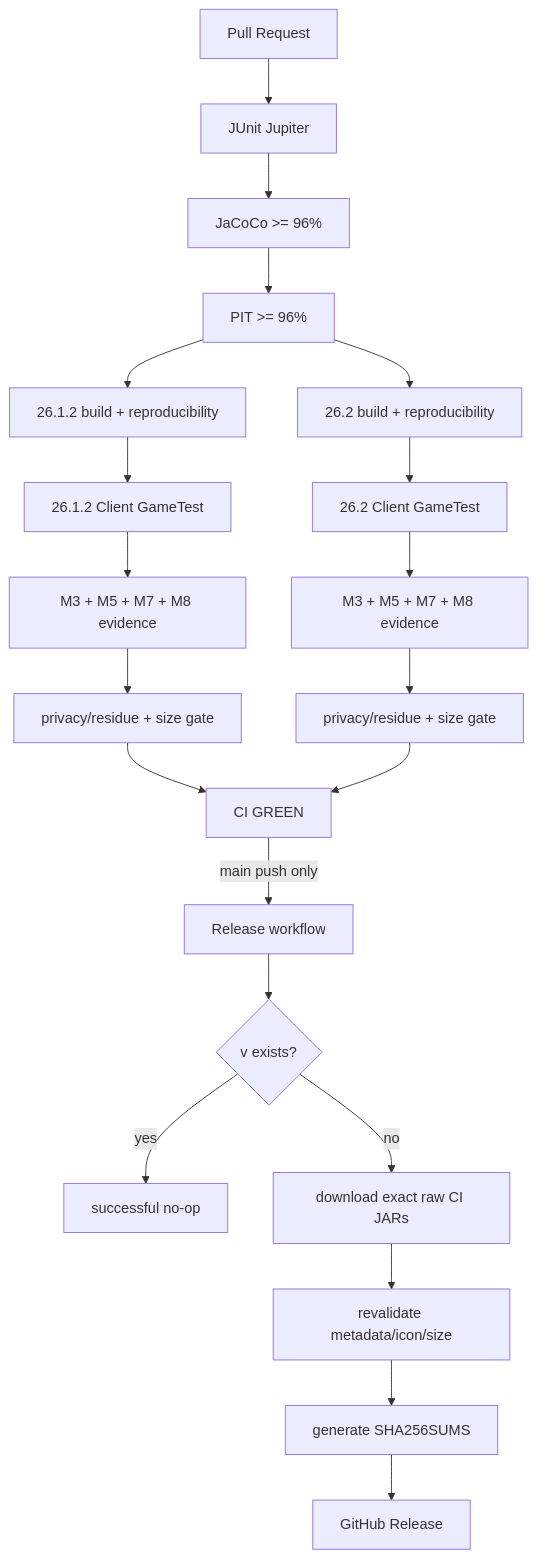
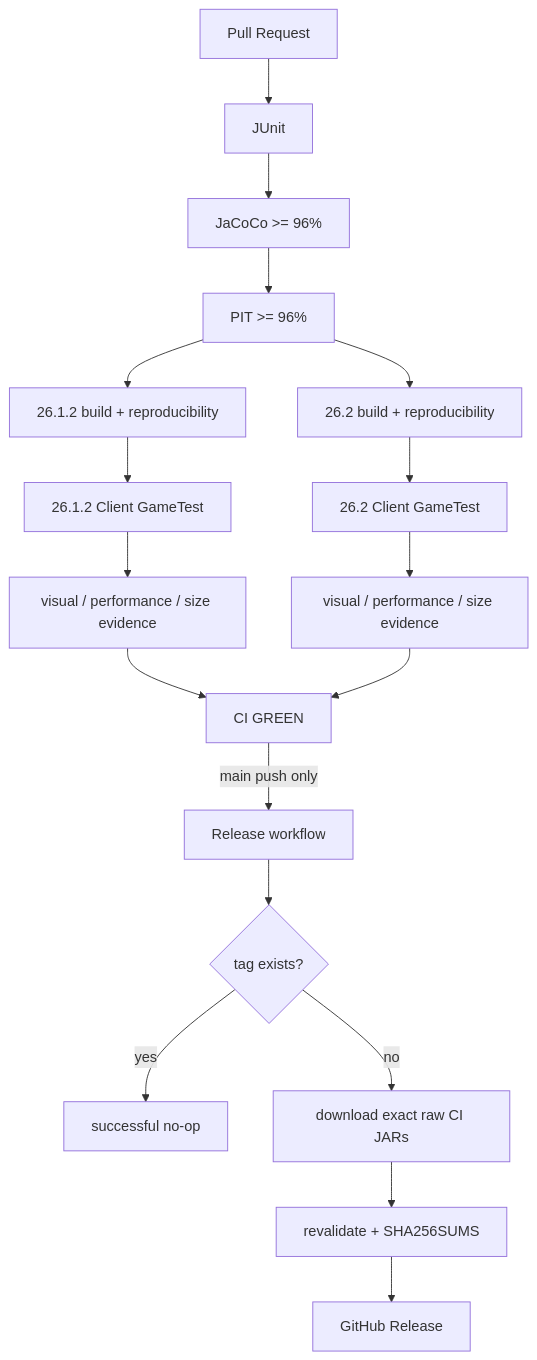
The fifth of 6 diagrams in README.md (bosatsu25/BlockLens), drawn with Mermaid before and after one commit. The commit also changed other lines of this file and 39 other files, not shown here.

````diff
--- a/README.md
+++ b/README.md
@@ -135,23 +227,20 @@
 ```mermaid
 flowchart TD
-    PR[Pull Request] --> U[JUnit Jupiter]
+    PR[Pull Request] --> U[JUnit]
     U --> J[JaCoCo >= 96%]
     J --> P[PIT >= 96%]
     P --> B1[26.1.2 build + reproducibility]
     P --> B2[26.2 build + reproducibility]
     B1 --> G1[26.1.2 Client GameTest]
     B2 --> G2[26.2 Client GameTest]
-    G1 --> E1[M3 + M5 + M7 + M8 evidence]
-    G2 --> E2[M3 + M5 + M7 + M8 evidence]
-    E1 --> A1[privacy/residue + size gate]
-    E2 --> A2[privacy/residue + size gate]
+    G1 --> A1[visual / performance / size evidence]
+    G2 --> A2[visual / performance / size evidence]
     A1 --> GREEN[CI GREEN]
     A2 --> GREEN
     GREEN -->|main push only| REL[Release workflow]
-    REL --> VER{v<mod_version> exists?}
+    REL --> VER{tag exists?}
     VER -- yes --> STOP[successful no-op]
     VER -- no --> RAW[download exact raw CI JARs]
-    RAW --> RV[revalidate metadata/icon/size]
-    RV --> SHA[generate SHA256SUMS]
+    RAW --> SHA[revalidate + SHA256SUMS]
     SHA --> PUB[GitHub Release]
 ```
````
